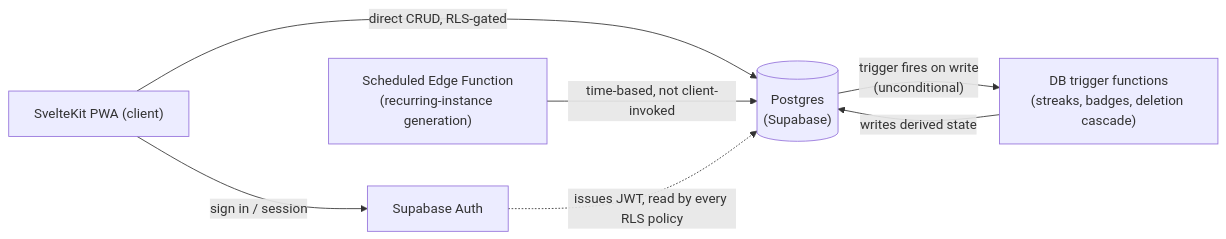
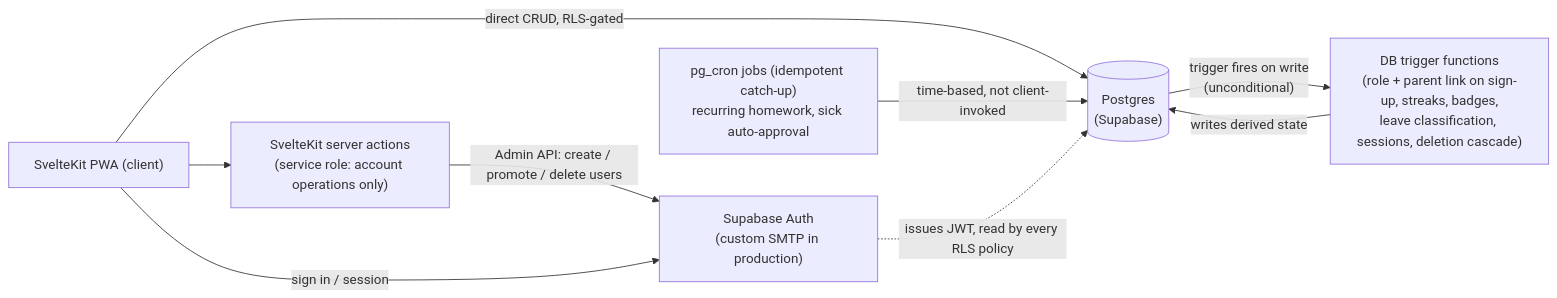
Before and after one commit to tenzinsamten/sherab: the first of 2 diagrams in _bmad-output/planning-artifacts/architecture/architecture-tib-class-2026-09-13/ARCHITECTURE-SPINE.md, drawn with Mermaid. The commit also changed other lines of this file and 5 other files, not shown here.

First line of the commit message:
Update architecture spine for the Parent role; log #50 signup role hole

````diff
--- a/_bmad-output/planning-artifacts/architecture/architecture-tib-class-2026-09-13/ARCHITECTURE-SPINE.md
+++ b/_bmad-output/planning-artifacts/architecture/architecture-tib-class-2026-09-13/ARCHITECTURE-SPINE.md
@@ -25,9 +27,11 @@
 ```mermaid
 flowchart LR
   Client["SvelteKit PWA (client)"] -- "direct CRUD, RLS-gated" --> DB[("Postgres\n(Supabase)")]
-  DB -- "trigger fires on write\n(unconditional)" --> TRG["DB trigger functions\n(streaks, badges, deletion cascade)"]
+  Client --> Server["SvelteKit server actions\n(service role: account operations only)"]
+  Server -- "Admin API: create / promote / delete users" --> Auth
+  DB -- "trigger fires on write\n(unconditional)" --> TRG["DB trigger functions\n(role + parent link on sign-up, streaks, badges,\nleave classification, sessions, deletion cascade)"]
   TRG -- "writes derived state" --> DB
-  SCHED["Scheduled Edge Function\n(recurring-instance generation)"] -- "time-based, not client-invoked" --> DB
-  Auth["Supabase Auth"] -. "issues JWT, read by every RLS policy" .-> DB
+  SCHED["pg_cron jobs (idempotent catch-up)\nrecurring homework, sick auto-approval"] -- "time-based, not client-invoked" --> DB
+  Auth["Supabase Auth\n(custom SMTP in production)"] -. "issues JWT, read by every RLS policy" .-> DB
   Client -- "sign in / session" --> Auth
 ```
````
